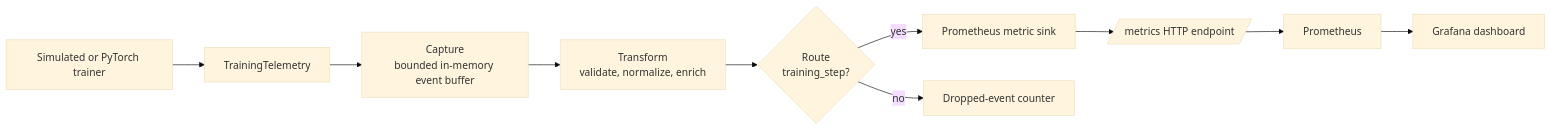
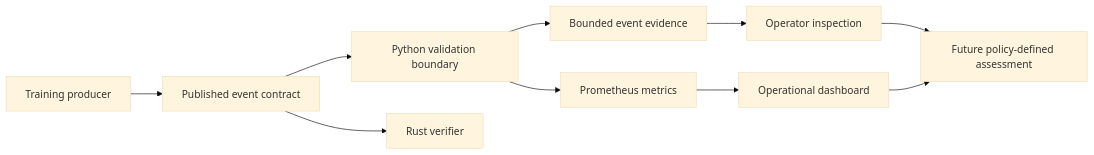
Before and after one commit to 87Supreme-cell/Veyepr: the diagram in README.md, drawn with Mermaid (base theme). The commit also changed other lines of this file and 30 other files, not shown here.

Commit message:
Harden telemetry validation and local verification

````diff
--- a/README.md
+++ b/README.md
@@ -83,12 +55,12 @@
 ```mermaid
 flowchart LR
-    T[Simulated or PyTorch trainer] --> E[TrainingTelemetry]
-    E --> C[Capture\nbounded in-memory event buffer]
-    C --> X[Transform\nvalidate, normalize, enrich]
-    X --> R{Route\ntraining_step?}
-    R -->|yes| M[Prometheus metric sink]
-    R -->|no| D[Dropped-event counter]
-    M --> H[/metrics HTTP endpoint/]
-    H --> P[Prometheus]
-    P --> G[Grafana dashboard]
+    P[Training producer] --> C[Published event contract]
+    C --> V[Python validation boundary]
+    C --> R[Rust verifier]
+    V --> E[Bounded event evidence]
+    V --> M[Prometheus metrics]
+    E --> I[Operator inspection]
+    M --> O[Operational dashboard]
+    I --> A[Future policy-defined assessment]
+    O --> A
 ```
````
